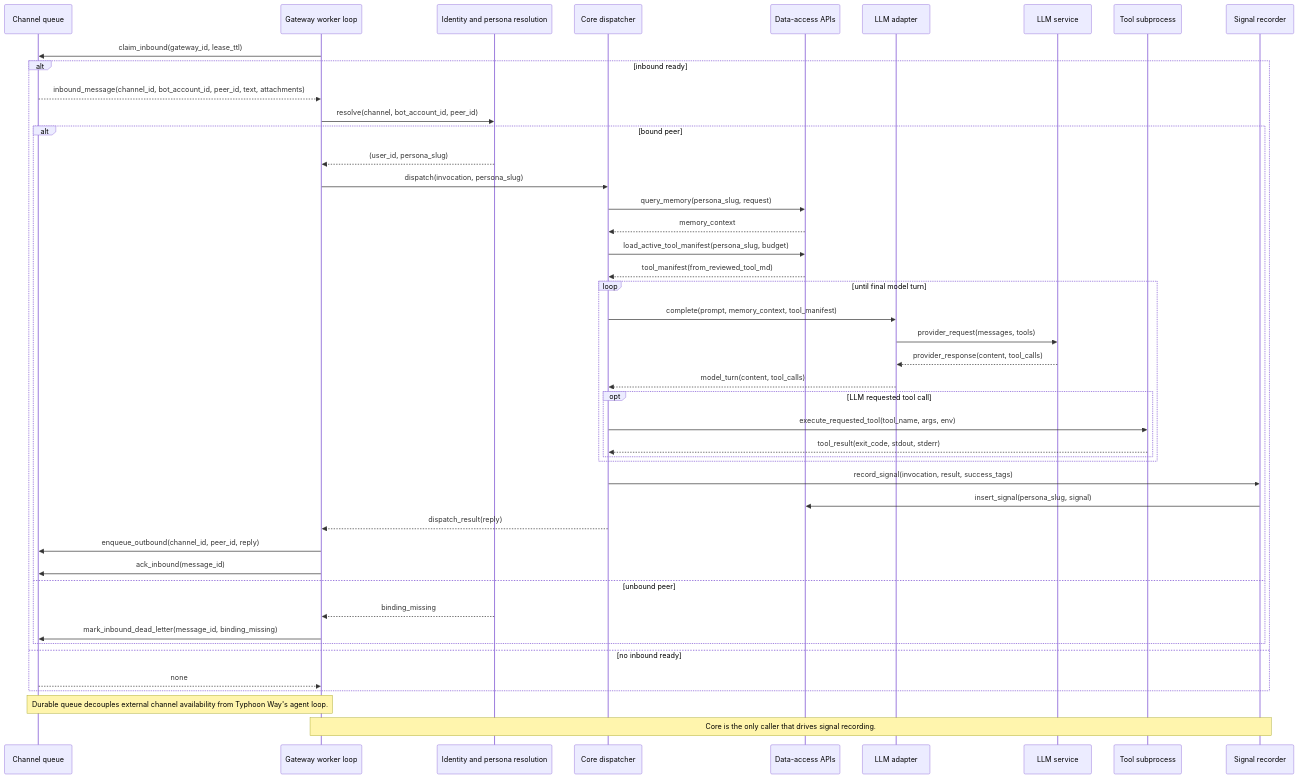
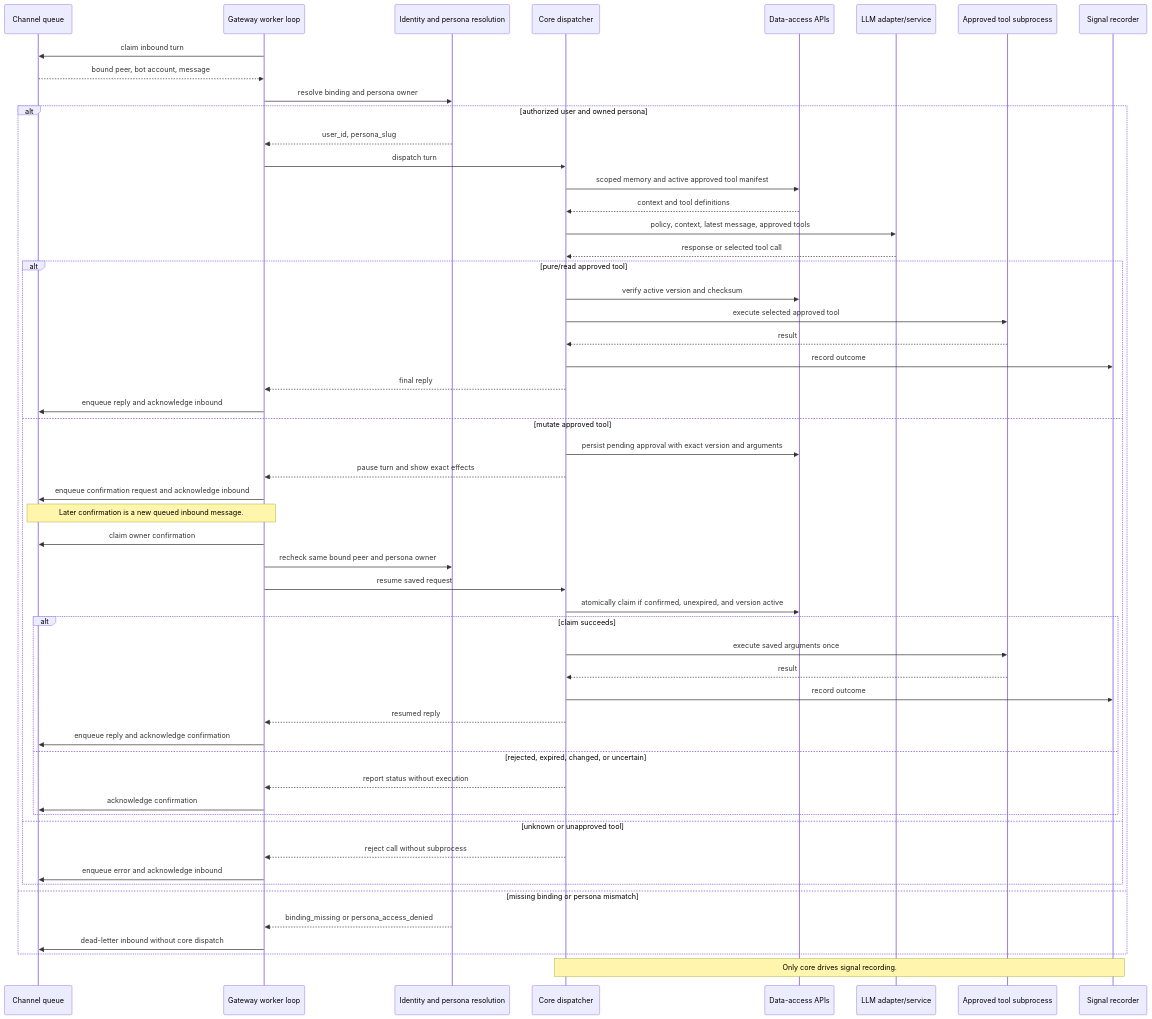
Before and after one commit to yanggf8/typhoonway: the diagram in diagrams/seq-queued-turn.mmd, drawn with Mermaid. The commit also changed 9 other files, not shown here.

Commit message:
docs: define channel tool approval and state recovery research

```diff
--- a/diagrams/seq-queued-turn.mmd
+++ b/diagrams/seq-queued-turn.mmd
@@ -1,46 +1,55 @@
 sequenceDiagram
     participant Queue as Channel queue
     participant Worker as Gateway worker loop
     participant Identity as Identity and persona resolution
     participant Core as Core dispatcher
     participant Data as Data-access APIs
-    participant LLMAdapter as LLM adapter
-    participant LLM as LLM service
-    participant Tool as Tool subprocess
+    participant LLM as LLM adapter/service
+    participant Tool as Approved tool subprocess
     participant Recorder as Signal recorder
 
-    Worker->>Queue: claim_inbound(gateway_id, lease_ttl)
-    alt inbound ready
-      Queue-->>Worker: inbound_message(channel_id, bot_account_id, peer_id, text, attachments)
-      Worker->>Identity: resolve(channel, bot_account_id, peer_id)
-      alt bound peer
-        Identity-->>Worker: (user_id, persona_slug)
-        Worker->>Core: dispatch(invocation, persona_slug)
-        Core->>Data: query_memory(persona_slug, request)
-        Data-->>Core: memory_context
-        Core->>Data: load_active_tool_manifest(persona_slug, budget)
-        Data-->>Core: tool_manifest(from_reviewed_tool_md)
-        loop until final model turn
-          Core->>LLMAdapter: complete(prompt, memory_context, tool_manifest)
-          LLMAdapter->>LLM: provider_request(messages, tools)
-          LLM-->>LLMAdapter: provider_response(content, tool_calls)
-          LLMAdapter-->>Core: model_turn(content, tool_calls)
-          opt LLM requested tool call
-            Core->>Tool: execute_requested_tool(tool_name, args, env)
-            Tool-->>Core: tool_result(exit_code, stdout, stderr)
-          end
+    Worker->>Queue: claim inbound turn
+    Queue-->>Worker: bound peer, bot account, message
+    Worker->>Identity: resolve binding and persona owner
+    alt authorized user and owned persona
+      Identity-->>Worker: user_id, persona_slug
+      Worker->>Core: dispatch turn
+      Core->>Data: scoped memory and active approved tool manifest
+      Data-->>Core: context and tool definitions
+      Core->>LLM: policy, context, latest message, approved tools
+      LLM-->>Core: response or selected tool call
+      alt pure/read approved tool
+        Core->>Data: verify active version and checksum
+        Core->>Tool: execute selected approved tool
+        Tool-->>Core: result
+        Core->>Recorder: record outcome
+        Core-->>Worker: final reply
+        Worker->>Queue: enqueue reply and acknowledge inbound
+      else mutate approved tool
+        Core->>Data: persist pending approval with exact version and arguments
+        Core-->>Worker: pause turn and show exact effects
+        Worker->>Queue: enqueue confirmation request and acknowledge inbound
+        Note over Queue,Worker: Later confirmation is a new queued inbound message.
+        Worker->>Queue: claim owner confirmation
+        Worker->>Identity: recheck same bound peer and persona owner
+        Worker->>Core: resume saved request
+        Core->>Data: atomically claim if confirmed, unexpired, and version active
+        alt claim succeeds
+          Core->>Tool: execute saved arguments once
+          Tool-->>Core: result
+          Core->>Recorder: record outcome
+          Core-->>Worker: resumed reply
+          Worker->>Queue: enqueue reply and acknowledge confirmation
+        else rejected, expired, changed, or uncertain
+          Core-->>Worker: report status without execution
+          Worker->>Queue: acknowledge confirmation
         end
-        Core->>Recorder: record_signal(invocation, result, success_tags)
-        Recorder->>Data: insert_signal(persona_slug, signal)
-        Core-->>Worker: dispatch_result(reply)
-        Worker->>Queue: enqueue_outbound(channel_id, peer_id, reply)
-        Worker->>Queue: ack_inbound(message_id)
-      else unbound peer
-        Identity-->>Worker: binding_missing
-        Worker->>Queue: mark_inbound_dead_letter(message_id, binding_missing)
+      else unknown or unapproved tool
+        Core-->>Worker: reject call without subprocess
+        Worker->>Queue: enqueue error and acknowledge inbound
       end
-    else no inbound ready
-      Queue-->>Worker: none
+    else missing binding or persona mismatch
+      Identity-->>Worker: binding_missing or persona_access_denied
+      Worker->>Queue: dead-letter inbound without core dispatch
     end
-    Note over Queue,Worker: Durable queue decouples external channel availability from Typhoon Way's agent loop.
-    Note over Worker,Recorder: Core is the only caller that drives signal recording.
+    Note over Core,Recorder: Only core drives signal recording.
```
